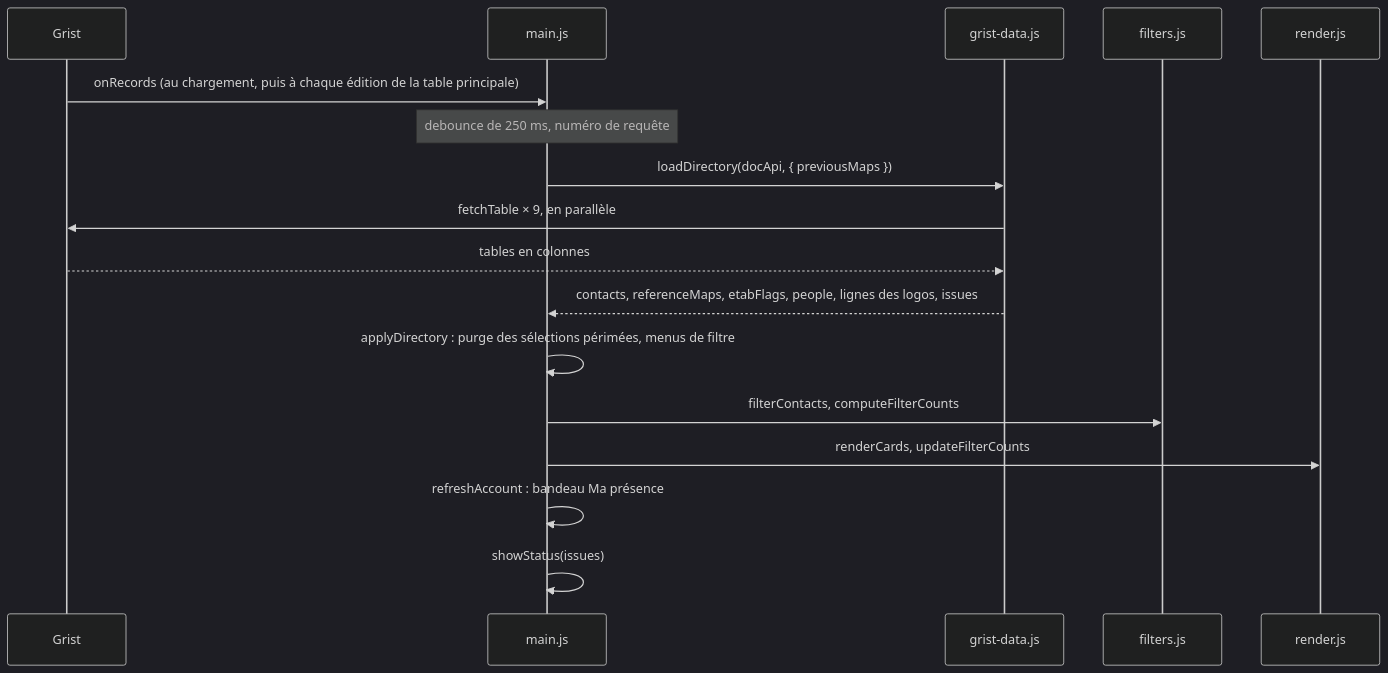
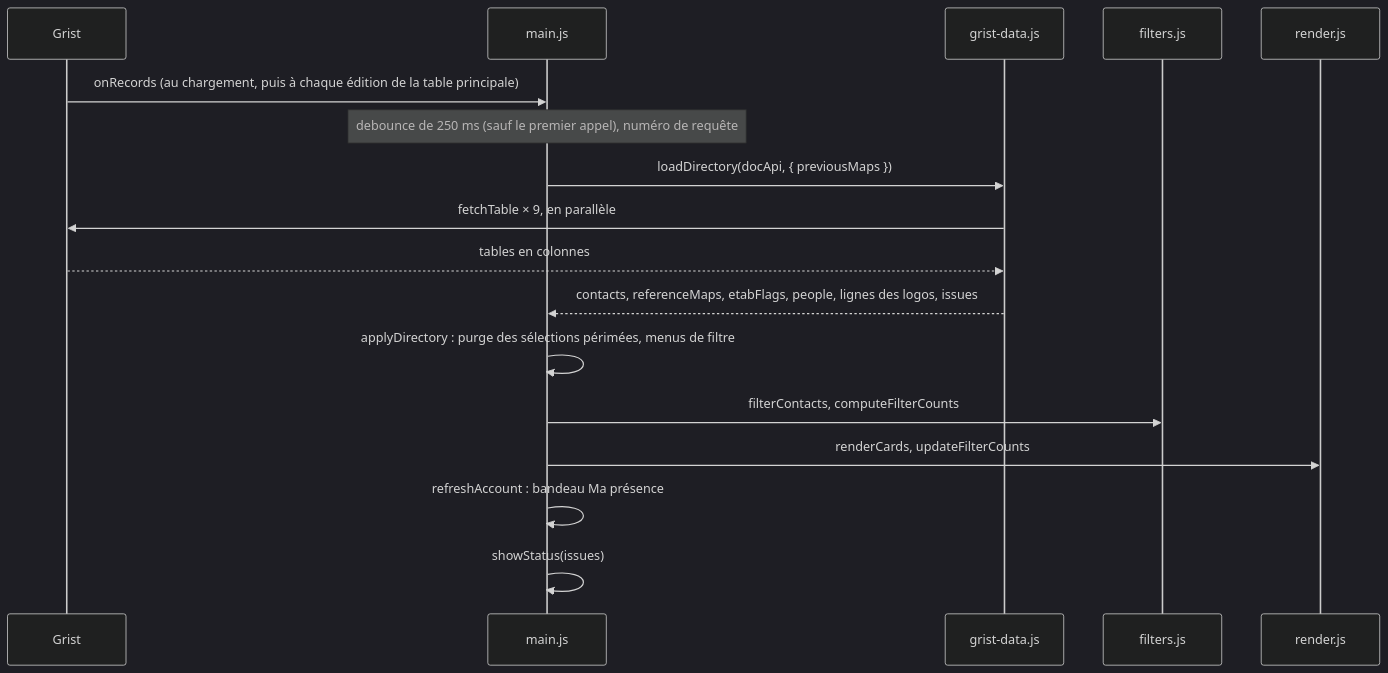
Before and after one commit to lombre33/Annuaire_PUI_Bordeaux: the third of 7 diagrams in docs/developpeurs.md, drawn with Mermaid (dark theme). The commit also changed other lines of this file and 15 other files, not shown here.

````diff
--- a/docs/developpeurs.md
+++ b/docs/developpeurs.md
@@ -265,19 +265,19 @@
 ```mermaid
 sequenceDiagram
     participant G as Grist
     participant M as main.js
     participant D as grist-data.js
     participant F as filters.js
     participant R as render.js
     G->>M: onRecords (au chargement, puis à chaque édition de la table principale)
-    Note over M: debounce de 250 ms, numéro de requête
+    Note over M: debounce de 250 ms (sauf le premier appel), numéro de requête
     M->>D: loadDirectory(docApi, { previousMaps })
     D->>G: fetchTable × 9, en parallèle
     G-->>D: tables en colonnes
     D-->>M: contacts, referenceMaps, etabFlags, people, lignes des logos, issues
     M->>M: applyDirectory : purge des sélections périmées, menus de filtre
     M->>F: filterContacts, computeFilterCounts
     M->>R: renderCards, updateFilterCounts
     M->>M: refreshAccount : bandeau Ma présence
     M->>M: showStatus(issues)
 ```
````
